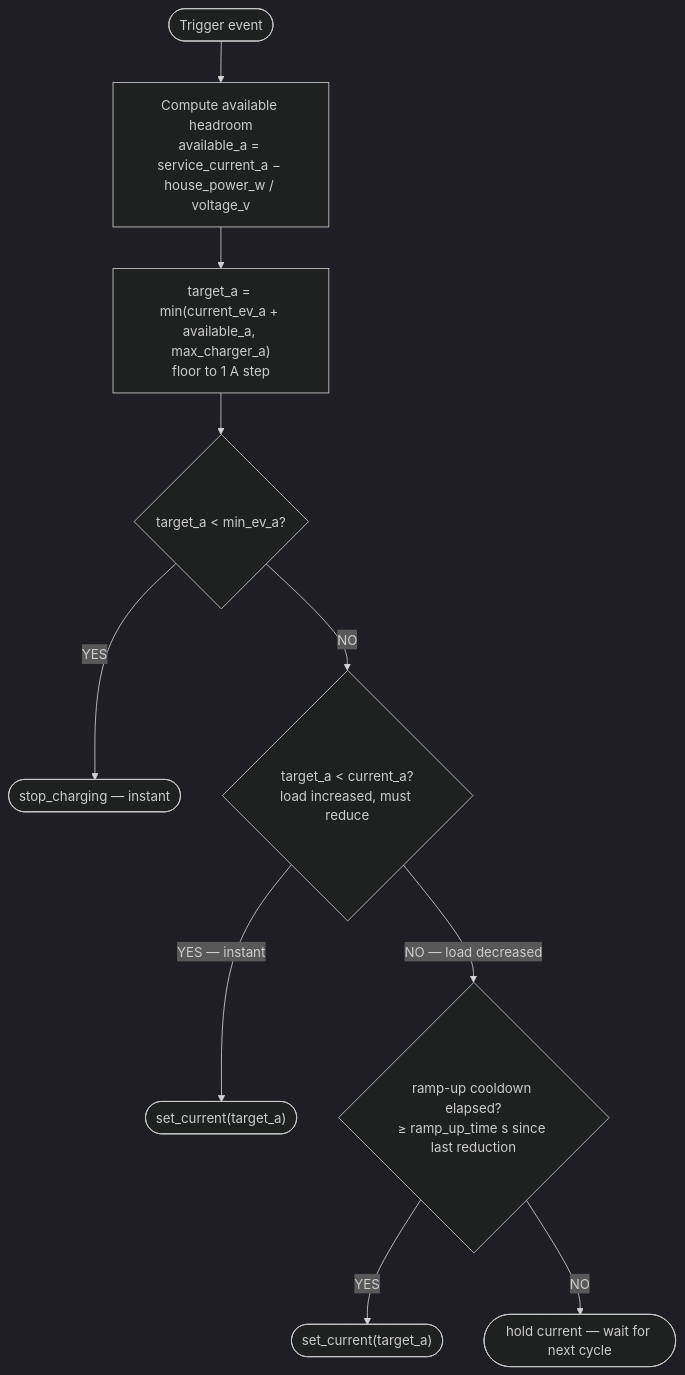
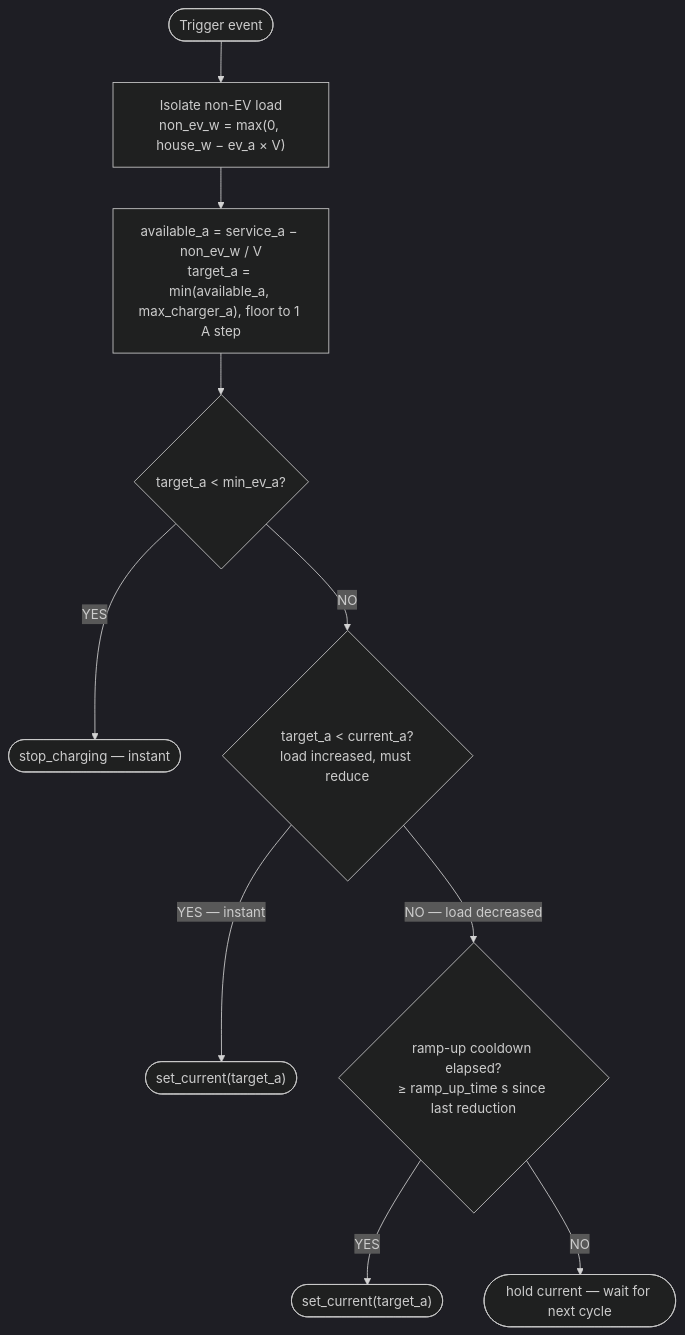
One commit to alexisml/ev-charger-load-balancing changed the first of 6 diagrams in docs/documentation/how-it-works.md. Above: the diagram before and after it, drawn with Mermaid (dark theme). The commit also changed other lines of this file and 6 other files, not shown here.

Commit message:
Fix: charging current set exceeds available current (#62)

````diff
--- a/docs/documentation/how-it-works.md
+++ b/docs/documentation/how-it-works.md
@@ -193,13 +194,13 @@
 ```mermaid
 flowchart TD
     A([Trigger event])
-    A --> B["Compute available headroom<br/>available_a = service_current_a − house_power_w / voltage_v"]
-    B --> C["target_a = min(current_ev_a + available_a, max_charger_a)<br/>floor to 1 A step"]
+    A --> B["Isolate non-EV load<br/>non_ev_w = max(0, house_w − ev_a × V)"]
+    B --> C["available_a = service_a − non_ev_w / V<br/>target_a = min(available_a, max_charger_a), floor to 1 A step"]
     C --> D{"target_a < min_ev_a?"}
     D -- YES --> E(["stop_charging — instant"])
     D -- NO --> F{"target_a < current_a?<br/>load increased, must reduce"}
     F -- "YES — instant" --> G(["set_current(target_a)"])
     F -- "NO — load decreased" --> H{"ramp-up cooldown elapsed?<br/>≥ ramp_up_time s since last reduction"}
     H -- "YES" --> I(["set_current(target_a)"])
     H -- "NO" --> J(["hold current — wait for next cycle"])
 ```
````
